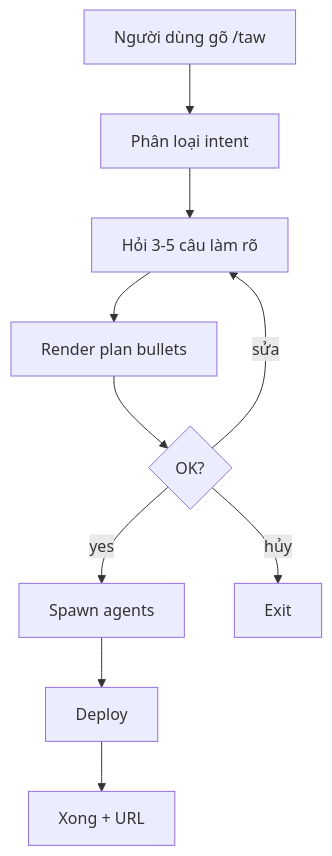
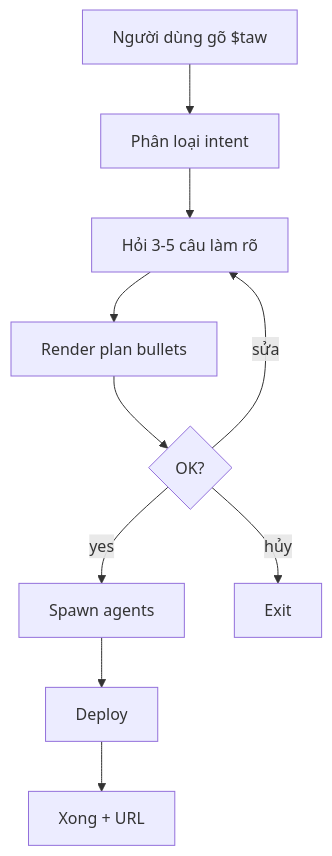
One commit to the-agents-work/taw-kit-codex changed the first of 2 diagrams in plugins/taw/skills/mermaidjs-v11/SKILL.md. Above: the diagram before and after it, drawn with Mermaid. The commit also changed other lines of this file and 32 other files, not shown here.

````diff
--- a/plugins/taw/skills/mermaidjs-v11/SKILL.md
+++ b/plugins/taw/skills/mermaidjs-v11/SKILL.md
@@ -38,12 +38,12 @@
 ```mermaid
 flowchart TD
-  U["Người dùng gõ /taw"] --> C["Phân loại intent"]
+  U["Người dùng gõ $taw"] --> C["Phân loại intent"]
   C --> Q["Hỏi 3-5 câu làm rõ"]
   Q --> P["Render plan bullets"]
   P --> G{"OK?"}
   G -- yes --> E["Spawn agents"]
   G -- sửa --> Q
   G -- hủy --> X["Exit"]
   E --> D["Deploy"]
   D --> W["Xong + URL"]
 ```
````
